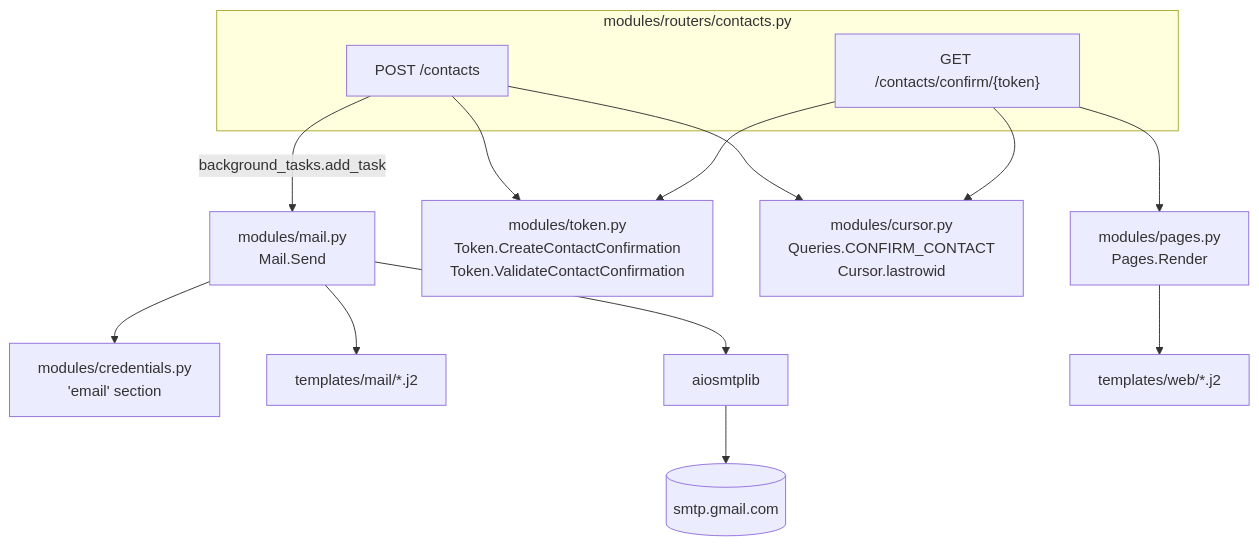
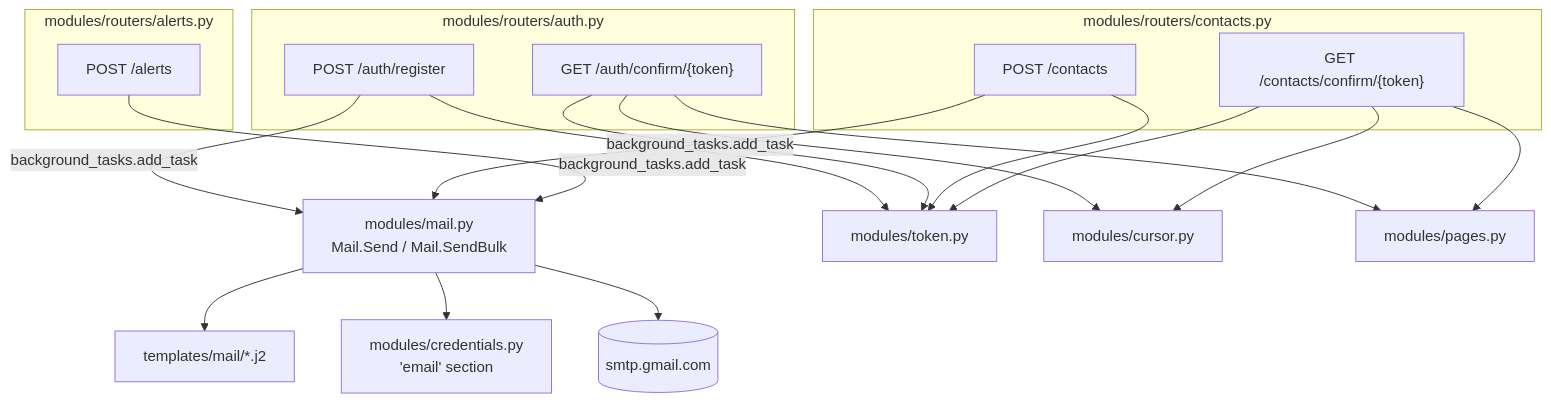
Before and after one commit to skellent/iOS-compiler: the second of 2 diagrams in docs/backend/mail.md, drawn with Mermaid. The commit also changed other lines of this file and 15 other files, not shown here.

````diff
--- a/docs/backend/mail.md
+++ b/docs/backend/mail.md
@@ -218,30 +156,40 @@
 ```mermaid
 flowchart TD
-    subgraph routers["modules/routers/contacts.py"]
-        POST["POST /contacts"]
-        GET_CONF["GET /contacts/confirm/{token}"]
+    subgraph auth["modules/routers/auth.py"]
+        REG["POST /auth/register"]
+        CONF_U["GET /auth/confirm/{token}"]
+    end
+    subgraph contacts["modules/routers/contacts.py"]
+        POST_C["POST /contacts"]
+        CONF_C["GET /contacts/confirm/{token}"]
+    end
+    subgraph alerts["modules/routers/alerts.py"]
+        POST_A["POST /alerts"]
     end
 
-    MAIL["modules/mail.py<br/>Mail.Send"]
-    TOKEN["modules/token.py<br/>Token.CreateContactConfirmation<br/>Token.ValidateContactConfirmation"]
-    CURSOR["modules/cursor.py<br/>Queries.CONFIRM_CONTACT<br/>Cursor.lastrowid"]
+    MAIL["modules/mail.py<br/>Mail.Send / Mail.SendBulk"]
+    TOKEN["modules/token.py"]
+    CURSOR["modules/cursor.py"]
     CRED["modules/credentials.py<br/>'email' section"]
     JINJA["templates/mail/*.j2"]
-    SMTPLIB["aiosmtplib"]
     GMAIL[(smtp.gmail.com)]
-    PAGES["modules/pages.py<br/>Pages.Render"]
-    WEBTPL["templates/web/*.j2"]
+    PAGES["modules/pages.py"]
 
-    POST --> TOKEN
-    POST --> CURSOR
-    POST -->|background_tasks.add_task| MAIL
+    REG --> TOKEN
+    REG -->|background_tasks.add_task| MAIL
+    CONF_U --> TOKEN
+    CONF_U --> CURSOR
+    CONF_U --> PAGES
+
+    POST_C --> TOKEN
+    POST_C -->|background_tasks.add_task| MAIL
+    CONF_C --> TOKEN
+    CONF_C --> CURSOR
+    CONF_C --> PAGES
+
+    POST_A -->|background_tasks.add_task| MAIL
+
     MAIL --> JINJA
     MAIL --> CRED
-    MAIL --> SMTPLIB
-    SMTPLIB --> GMAIL
-
-    GET_CONF --> TOKEN
-    GET_CONF --> CURSOR
-    GET_CONF --> PAGES
-    PAGES --> WEBTPL
+    MAIL --> GMAIL
 ```
````
